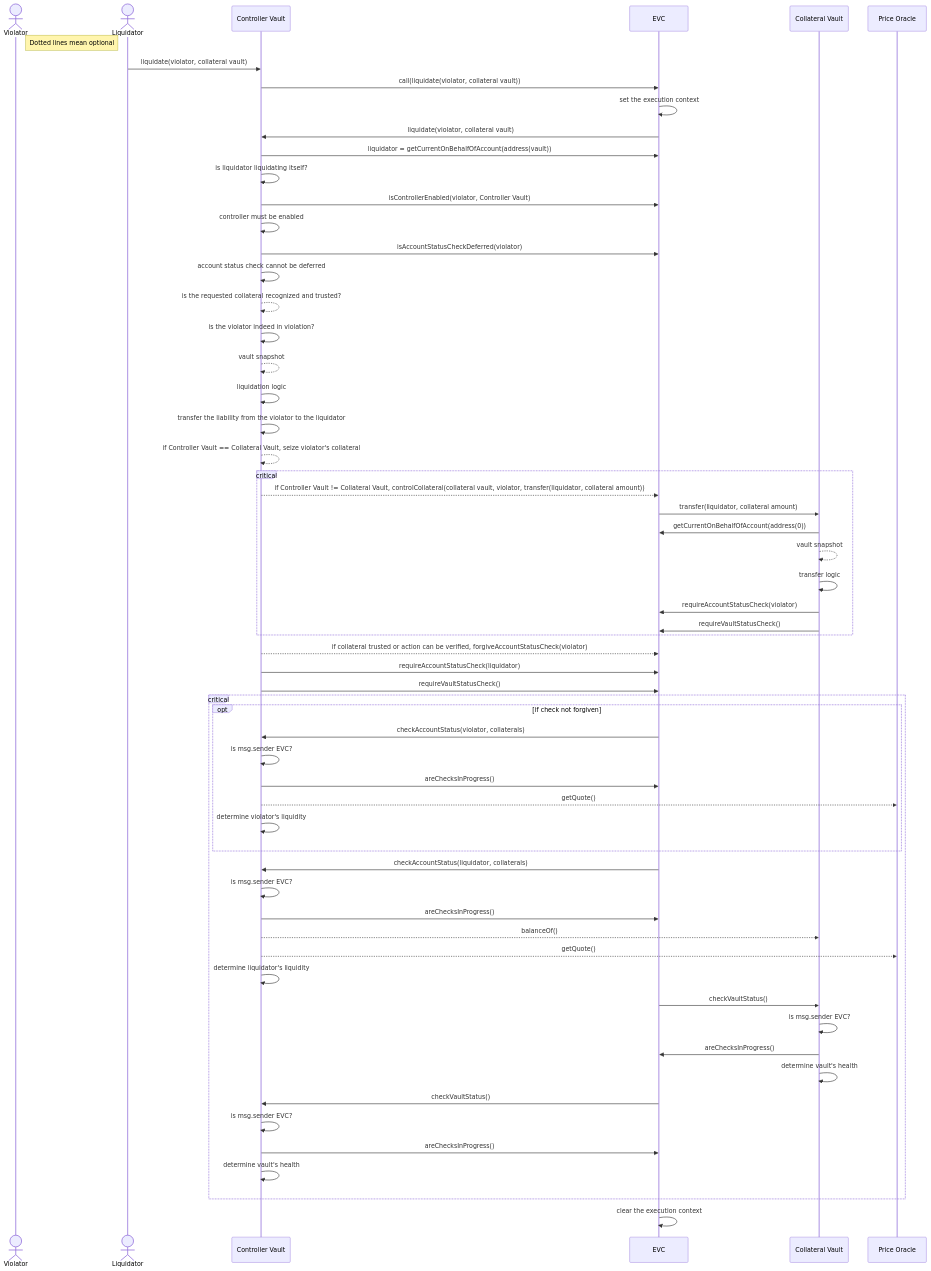
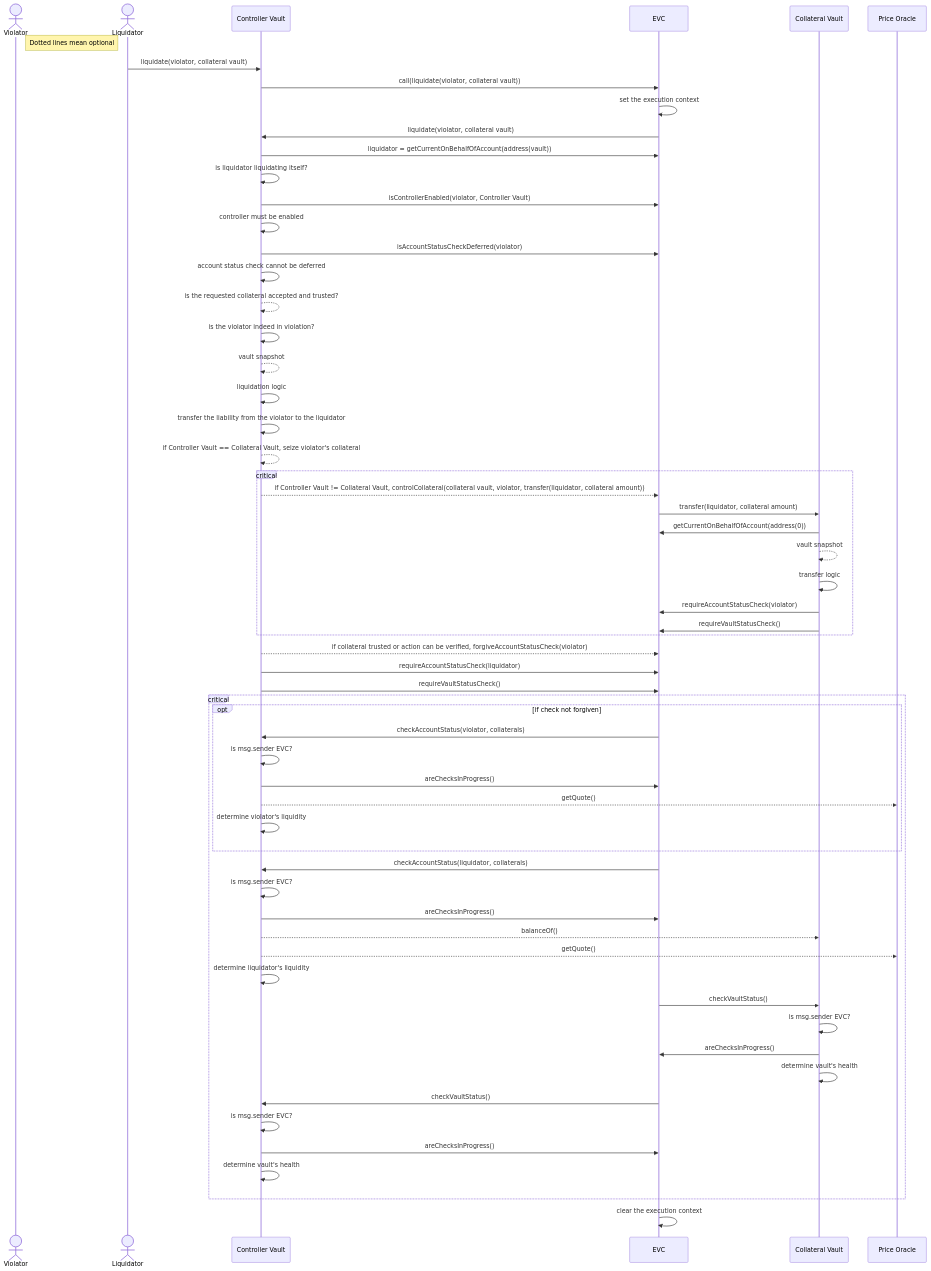
One commit to seinj0312/ethereum-vault-connector changed the diagram in docs/diagrams/Liquidation Interaction Sequence.md. Above: the diagram before and after it, drawn with Mermaid. The commit also changed 3 other files, not shown here.

````diff
--- a/docs/diagrams/Liquidation Interaction Sequence.md
+++ b/docs/diagrams/Liquidation Interaction Sequence.md
@@ -1,71 +1,71 @@
 ```mermaid
 sequenceDiagram
     actor Violator
     Note right of Violator: Dotted lines mean optional
     actor Liquidator
     participant Controller Vault
     participant EVC
     participant Collateral Vault
     participant Price Oracle
 
     Liquidator->>Controller Vault: liquidate(violator, collateral vault)
     Controller Vault->>EVC: call(liquidate(violator, collateral vault))
     EVC->>EVC: set the execution context
     EVC->>Controller Vault: liquidate(violator, collateral vault)
 
     Controller Vault->>EVC: liquidator = getCurrentOnBehalfOfAccount(address(vault))
     Controller Vault->>Controller Vault: is liquidator liquidating itself?
     Controller Vault->>EVC: isControllerEnabled(violator, Controller Vault)
     Controller Vault->>Controller Vault: controller must be enabled
     Controller Vault->>EVC: isAccountStatusCheckDeferred(violator)
     Controller Vault->>Controller Vault: account status check cannot be deferred
-    Controller Vault-->>Controller Vault: is the requested collateral recognized and trusted?
+    Controller Vault-->>Controller Vault: is the requested collateral accepted and trusted?
     Controller Vault->>Controller Vault: is the violator indeed in violation?
     Controller Vault-->>Controller Vault: vault snapshot
     Controller Vault->>Controller Vault: liquidation logic
     Controller Vault->>Controller Vault: transfer the liability from the violator to the liquidator
     Controller Vault-->>Controller Vault: if Controller Vault == Collateral Vault, seize violator's collateral
 
     critical
         Controller Vault-->>EVC: if Controller Vault != Collateral Vault, controlCollateral(collateral vault, violator, transfer(liquidator, collateral amount))
         EVC->>Collateral Vault: transfer(liquidator, collateral amount)
         Collateral Vault->>EVC: getCurrentOnBehalfOfAccount(address(0))
         Collateral Vault-->>Collateral Vault: vault snapshot
         Collateral Vault->>Collateral Vault: transfer logic
         Collateral Vault->>EVC: requireAccountStatusCheck(violator)
         Collateral Vault->>EVC: requireVaultStatusCheck()
     end
 
     Controller Vault-->>EVC: if collateral trusted or action can be verified, forgiveAccountStatusCheck(violator)
     Controller Vault->>EVC: requireAccountStatusCheck(liquidator)
     Controller Vault->>EVC: requireVaultStatusCheck()
 
     critical
         opt if check not forgiven
             EVC->>Controller Vault: checkAccountStatus(violator, collaterals)
             Controller Vault->>Controller Vault: is msg.sender EVC?
             Controller Vault->>EVC: areChecksInProgress()
             Controller Vault-->>Price Oracle: getQuote()
             Controller Vault->>Controller Vault: determine violator's liquidity
         end
 
         EVC->>Controller Vault: checkAccountStatus(liquidator, collaterals)
         Controller Vault->>Controller Vault: is msg.sender EVC?
         Controller Vault->>EVC: areChecksInProgress()
         Controller Vault-->>Collateral Vault: balanceOf()
         Controller Vault-->>Price Oracle: getQuote()
         Controller Vault->>Controller Vault: determine liquidator's liquidity
 
         EVC->>Collateral Vault: checkVaultStatus()
         Collateral Vault->>Collateral Vault: is msg.sender EVC?
         Collateral Vault->>EVC: areChecksInProgress()
         Collateral Vault->>Collateral Vault: determine vault's health
 
         EVC->>Controller Vault: checkVaultStatus()
         Controller Vault->>Controller Vault: is msg.sender EVC?
         Controller Vault->>EVC: areChecksInProgress()
         Controller Vault->>Controller Vault: determine vault's health
     end
 
     EVC->>EVC: clear the execution context
 ```
````
